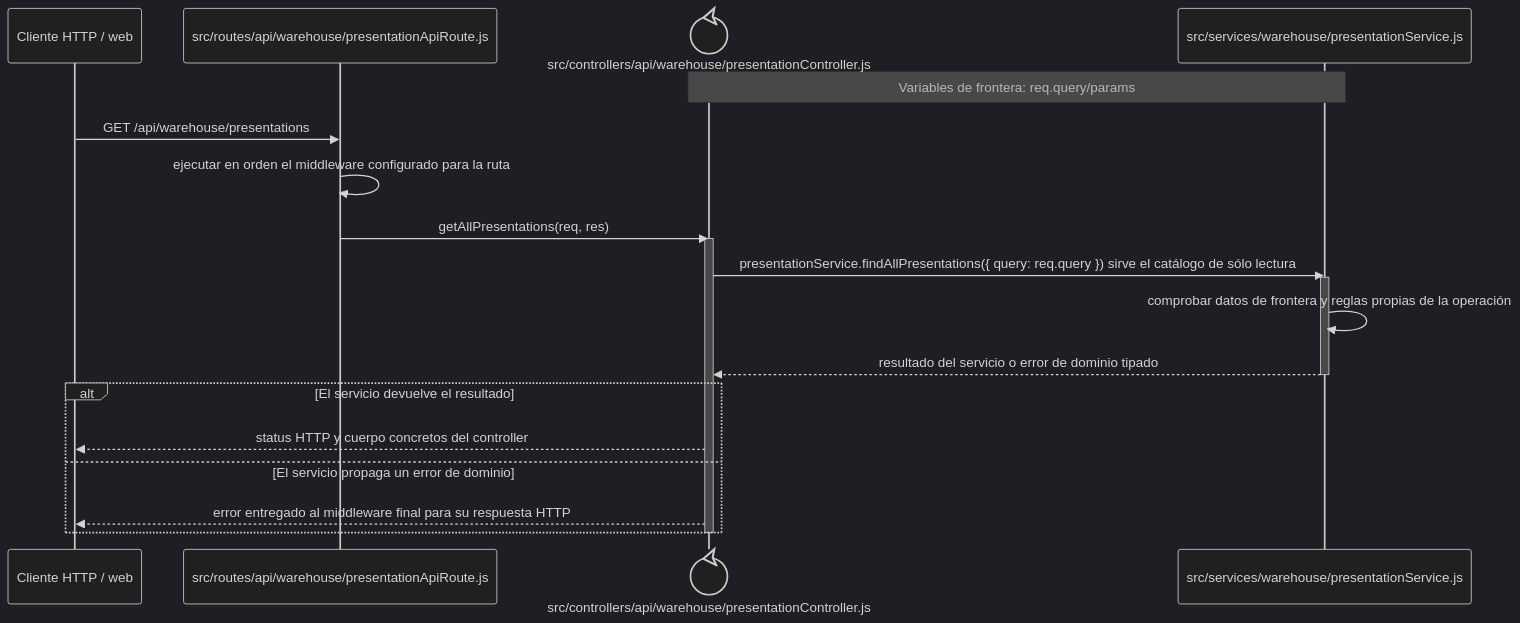
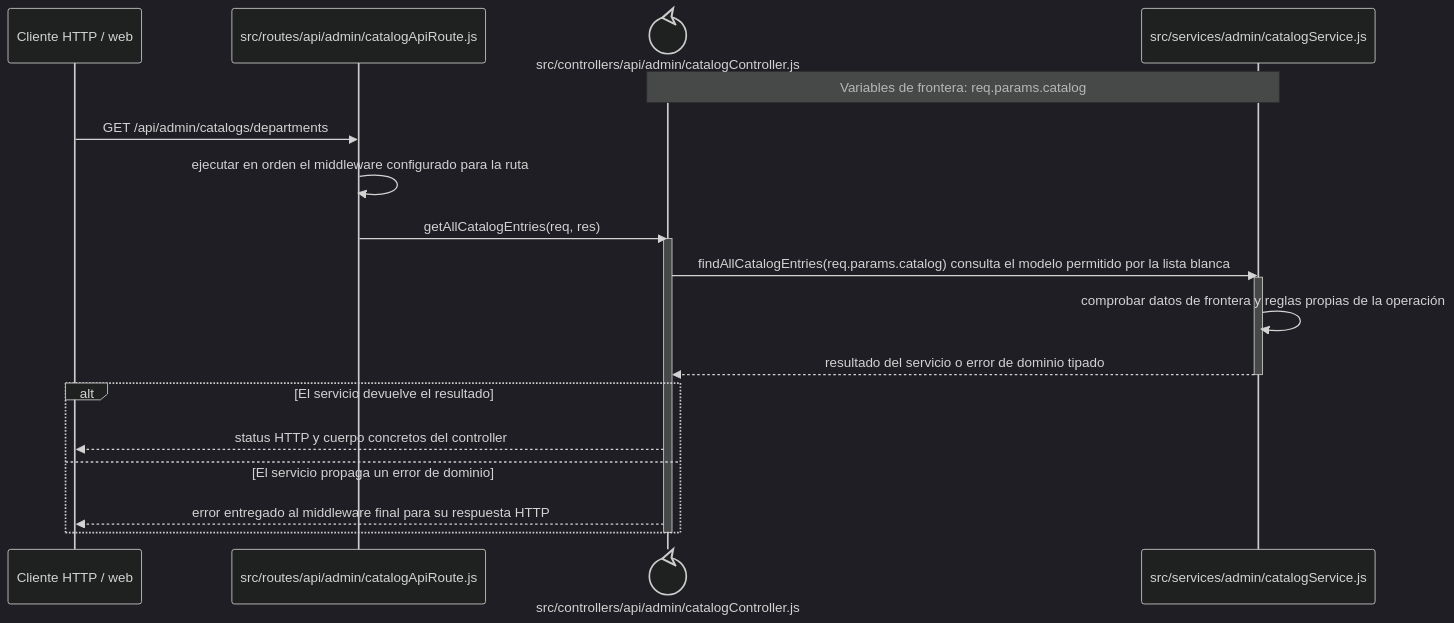
Before and after one commit to gpgsistemas01/nexus: the diagram in docs/architecture/backend-code-sequences/catalogs/cu-cat-27.md, drawn with Mermaid (dark theme). The commit also changed other lines of this file and 126 other files, not shown here.

````diff
--- a/docs/architecture/backend-code-sequences/catalogs/cu-cat-27.md
+++ b/docs/architecture/backend-code-sequences/catalogs/cu-cat-27.md
@@ -6,24 +6,24 @@
 ```mermaid
 sequenceDiagram
     participant Client as Cliente HTTP / web
-    participant Route as src/routes/api/warehouse/presentationApiRoute.js
-    participant Controller@{ "type": "control" } as src/controllers/api/warehouse/presentationController.js
-    participant Domain as src/services/warehouse/presentationService.js
-    Note over Controller,Domain: Variables de frontera: req.query/params
+    participant Route as src/routes/api/admin/catalogApiRoute.js
+    participant Controller@{ "type": "control" } as src/controllers/api/admin/catalogController.js
+    participant Domain as src/services/admin/catalogService.js
+    Note over Controller,Domain: Variables de frontera: req.params.catalog
 
-    Client->>Route: GET /api/warehouse/presentations
+    Client->>Route: GET /api/admin/catalogs/departments
     Route->>Route: ejecutar en orden el middleware configurado para la ruta
-    Route->>Controller: getAllPresentations(req, res)
+    Route->>Controller: getAllCatalogEntries(req, res)
     activate Controller
-    Controller->>Domain: presentationService.findAllPresentations({ query: req.query }) sirve el catálogo de sólo lectura
+    Controller->>Domain: findAllCatalogEntries(req.params.catalog) consulta el modelo permitido por la lista blanca
     activate Domain
     Domain->>Domain: comprobar datos de frontera y reglas propias de la operación
     Domain-->>Controller: resultado del servicio o error de dominio tipado
     deactivate Domain
     alt El servicio devuelve el resultado
         Controller-->>Client: status HTTP y cuerpo concretos del controller
     else El servicio propaga un error de dominio
         Controller-->>Client: error entregado al middleware final para su respuesta HTTP
     end
     deactivate Controller
 ```
````
